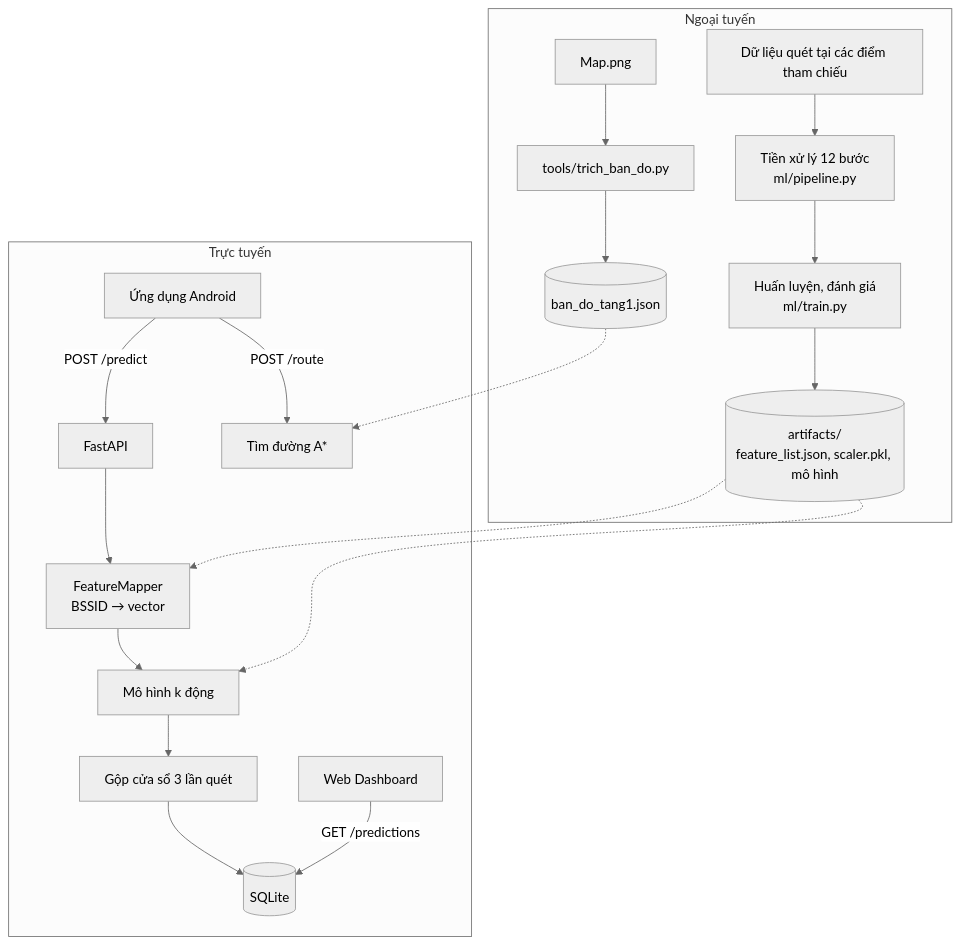
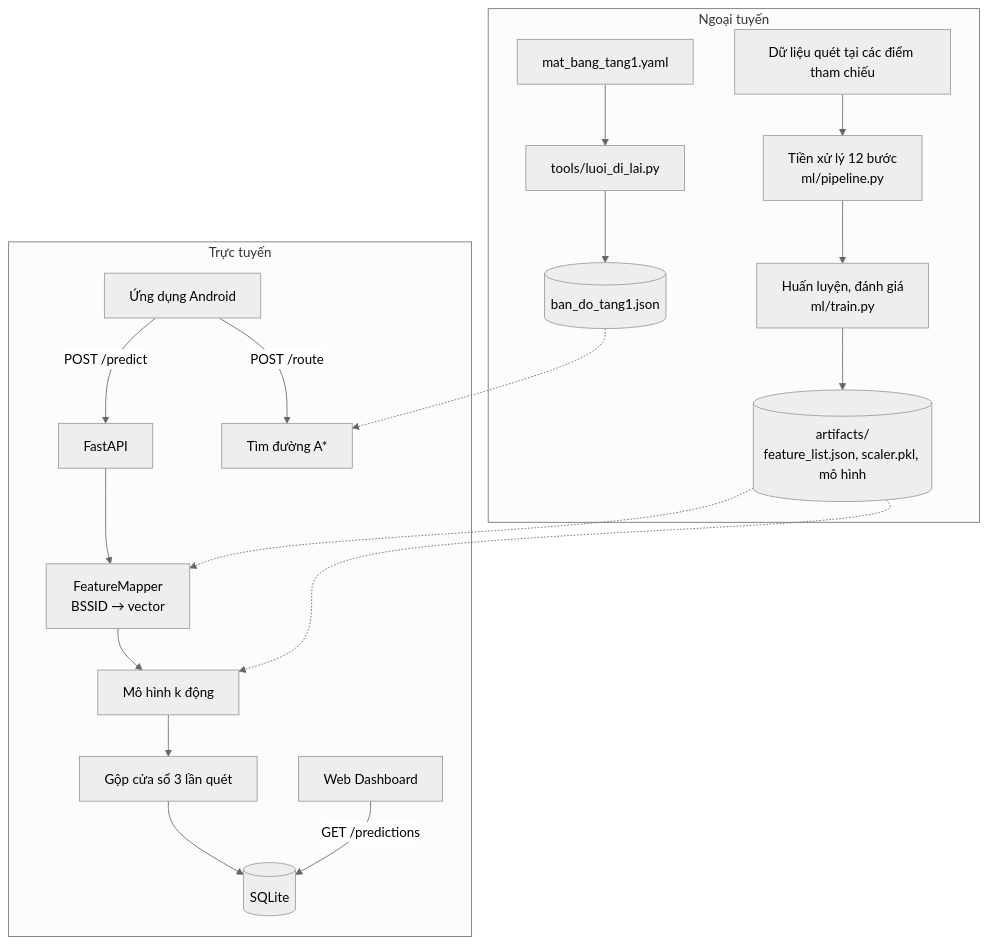
One commit to DoAnTotNghiep-Indoor/Indoor_Positoning_System-DATN changed the first of 3 diagrams in docs/thiet_ke_he_thong.md. Above: the diagram before and after it, drawn with Mermaid (neutral theme). The commit also changed other lines of this file and 25 other files, not shown here.

````diff
--- a/docs/thiet_ke_he_thong.md
+++ b/docs/thiet_ke_he_thong.md
@@ -42,23 +42,23 @@
 ```mermaid
 flowchart TB
   subgraph Offline["Ngoại tuyến"]
     A1[Dữ liệu quét tại các điểm tham chiếu] --> A2[Tiền xử lý 12 bước<br/>ml/pipeline.py]
     A2 --> A3[Huấn luyện, đánh giá<br/>ml/train.py]
     A3 --> A4[(artifacts/<br/>feature_list.json, scaler.pkl, mô hình)]
-    M1[Map.png] --> M2[tools/trich_ban_do.py] --> M3[(ban_do_tang1.json)]
+    M1[mat_bang_tang1.yaml] --> M2[tools/luoi_di_lai.py] --> M3[(ban_do_tang1.json)]
   end
 
   subgraph Online["Trực tuyến"]
     B1[Ứng dụng Android] -- POST /predict --> B2[FastAPI]
     B2 --> B3[FeatureMapper<br/>BSSID → vector]
     B3 --> B4[Mô hình k động]
     B4 --> B5[Gộp cửa sổ 3 lần quét]
     B5 --> B6[(SQLite)]
     B1 -- POST /route --> B7[Tìm đường A*]
     B8[Web Dashboard] -- GET /predictions --> B6
   end
 
   A4 -.-> B3
   A4 -.-> B4
   M3 -.-> B7
 ```
````
